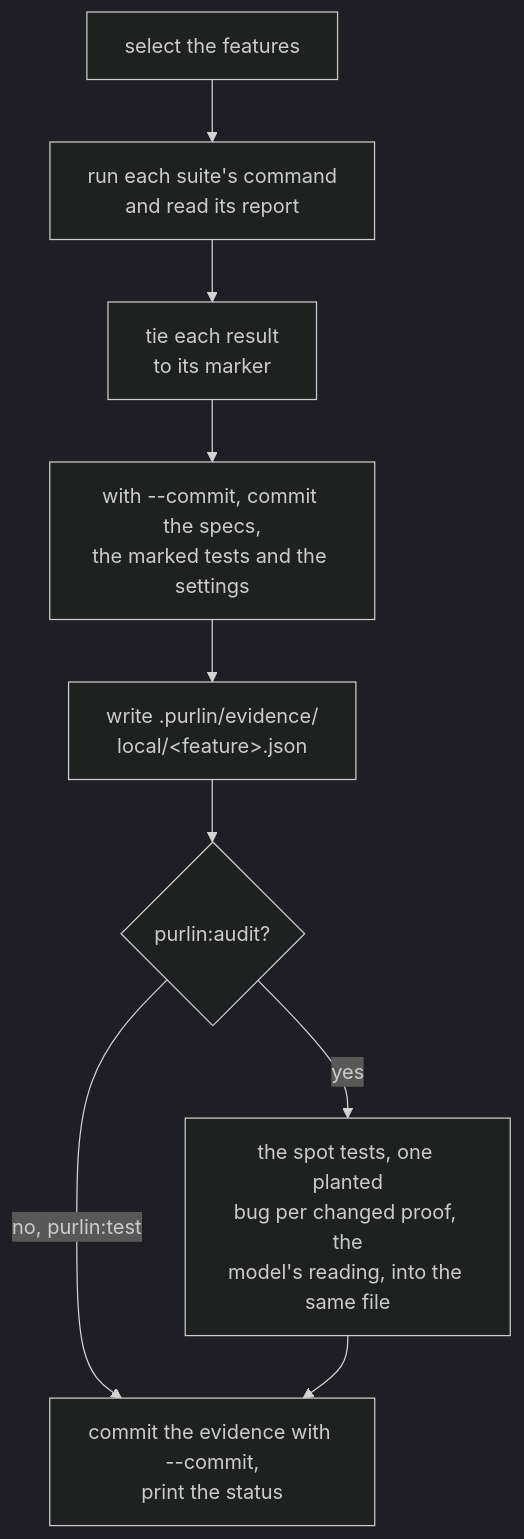
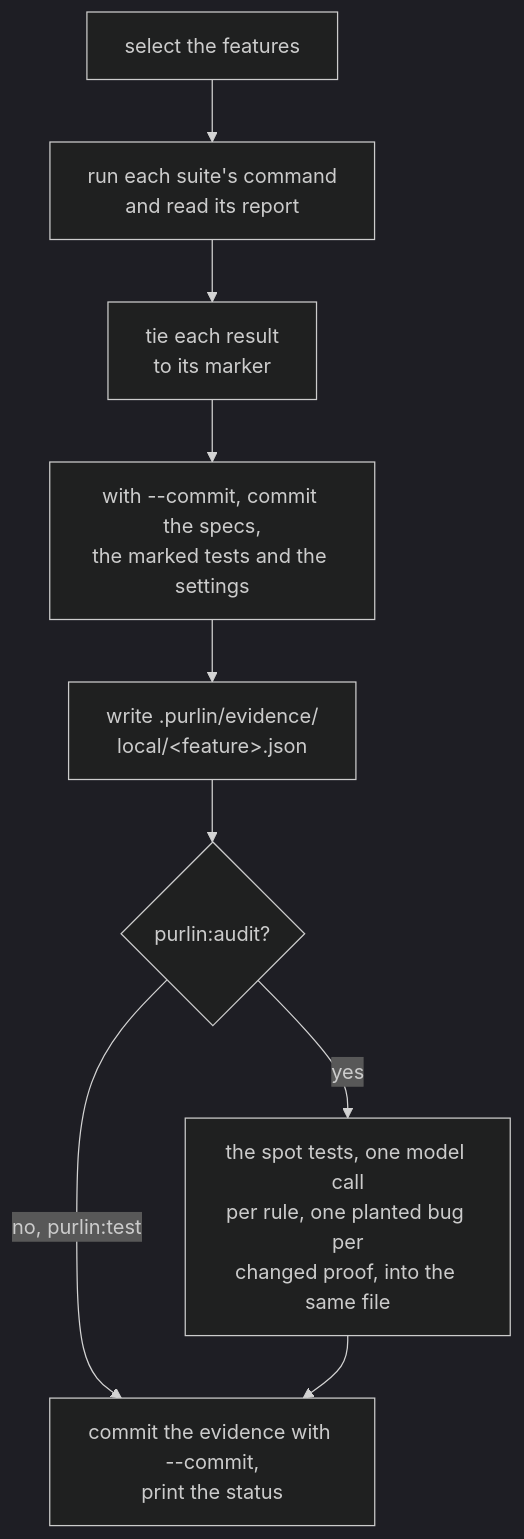
The diagram in docs/running-and-evidence.md (rlabarca/purlin), drawn with Mermaid (dark theme) before and after one commit. The commit also changed other lines of this file and 21 other files, not shown here.

````diff
--- a/docs/running-and-evidence.md
+++ b/docs/running-and-evidence.md
@@ -367,11 +381,11 @@
 ```mermaid
 flowchart TD
     S["select the features"] --> R["run each suite's command<br>and read its report"]
     R --> M["tie each result<br>to its marker"]
     M --> C["with --commit, commit the specs,<br>the marked tests and the settings"]
     C --> W["write .purlin/evidence/<br>local/#lt;feature#gt;.json"]
     W --> Q{"purlin:audit?"}
-    Q -->|yes| A["the spot tests, one planted<br>bug per changed proof, the<br>model's reading, into the same file"]
+    Q -->|yes| A["the spot tests, one model call<br>per rule, one planted bug per<br>changed proof, into the same file"]
     Q -->|"no, purlin:test"| T
     A --> T["commit the evidence with --commit,<br>print the status"]
 ```
````
